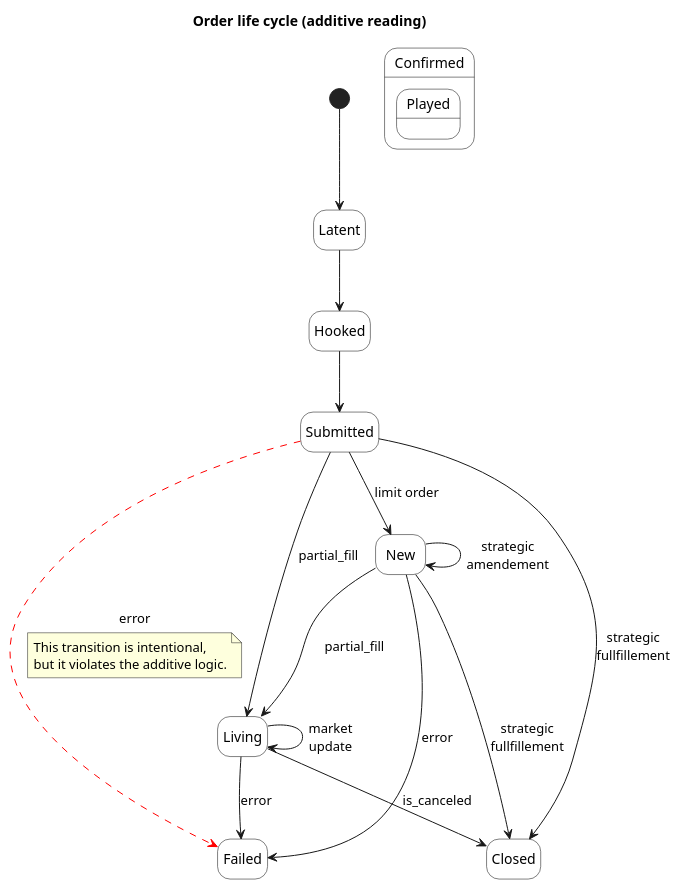
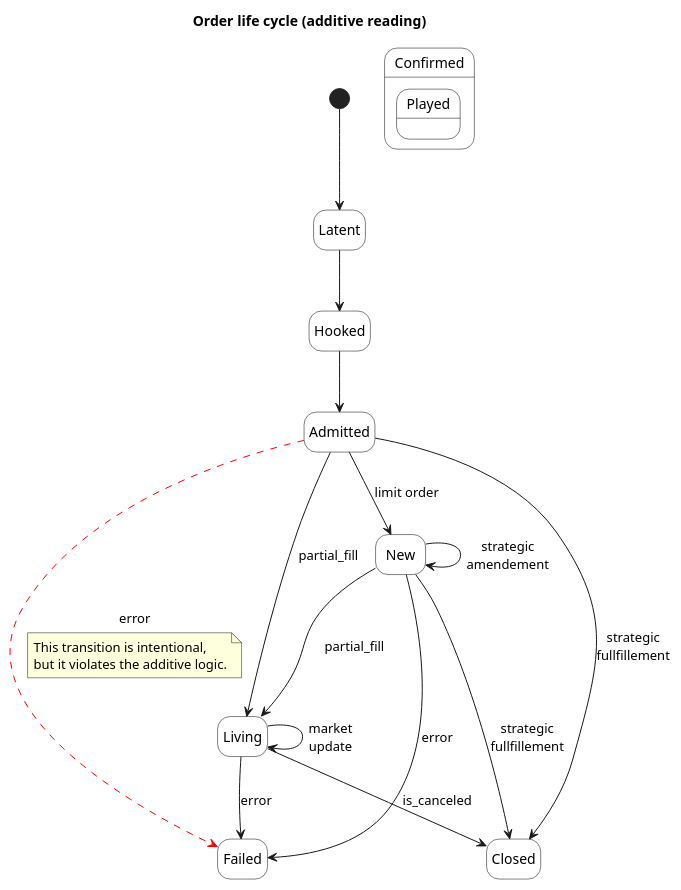
Before and after one commit to maliky/kolaBiBot: the second of 3 diagrams in DEV.org, drawn with PlantUML. The commit also changed other lines of this file and 12 other files, not shown here.

```diff
--- a/DEV.org
+++ b/DEV.org
@@ -821,41 +1215,41 @@
 #+BEGIN_SRC plantuml :results file link :file ordercycle.png
   @startuml
   title Order life cycle (additive reading)
 
   hide empty description
   skinparam shadowing false
   skinparam state {
     BackgroundColor white
     BorderColor black
   }
 
   [*] --> Latent
 
   Latent -->  Hooked
-  Hooked --> Submitted
-  Submitted --> New : limit order
-  Submitted -[#red,dashed]-> Failed : error
+  Hooked --> Admitted
+  Admitted --> New : limit order
+  Admitted -[#red,dashed]-> Failed : error
   note on link
    This transition is intentional,
    but it violates the additive logic.
   end note
-  Submitted --> Living : partial_fill
-  Submitted --> Closed : strategic\nfullfillement
+  Admitted --> Living : partial_fill
+  Admitted --> Closed : strategic\nfullfillement
   state  Confirmed {
     state New
     state Failed
 
     state Played {
       state Living
       Living --> Living : market\nupdate
       state Closed
       }
     New --> New : strategic\namendement
     New --> Closed : strategic\nfullfillement
     New --> Failed : error
     New --> Living : partial_fill
     Living --> Closed : is_canceled
     Living --> Failed : error
   }
   @enduml
 #+END_SRC
```
